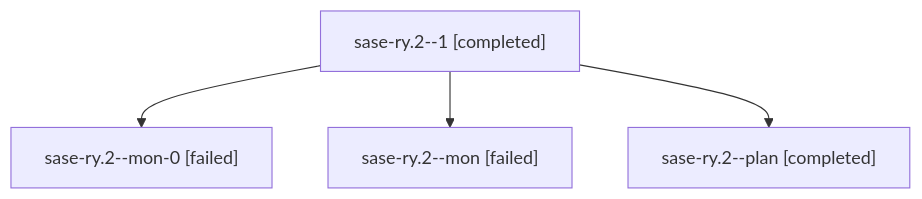
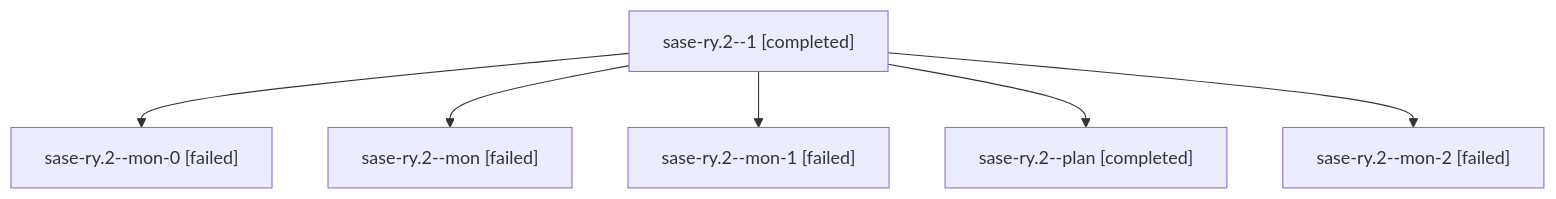
Before and after one commit to sase-org/sase--agents: the diagram in families/bbugyi200.athena.sase-ry.2.md, drawn with Mermaid. The commit also changed other lines of this file and 71 other files, not shown here.

````diff
--- a/families/bbugyi200.athena.sase-ry.2.md
+++ b/families/bbugyi200.athena.sase-ry.2.md
@@ -9,10 +9,14 @@
 ```mermaid
 flowchart TD
   n0["sase-ry.2--1 [completed]"]
   n1["sase-ry.2--mon-0 [failed]"]
   n0 --> n1
   n2["sase-ry.2--mon [failed]"]
   n0 --> n2
-  n3["sase-ry.2--plan [completed]"]
+  n3["sase-ry.2--mon-1 [failed]"]
   n0 --> n3
+  n4["sase-ry.2--plan [completed]"]
+  n0 --> n4
+  n5["sase-ry.2--mon-2 [failed]"]
+  n0 --> n5
 ```
````
